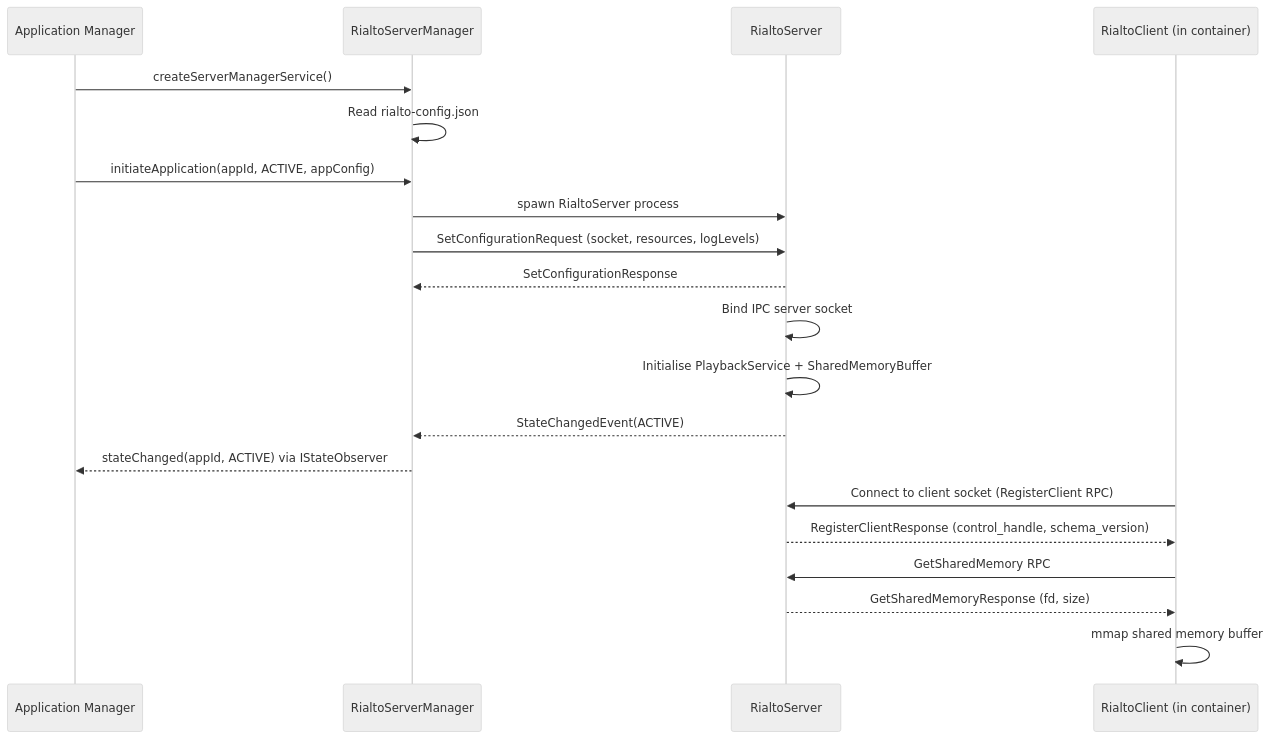
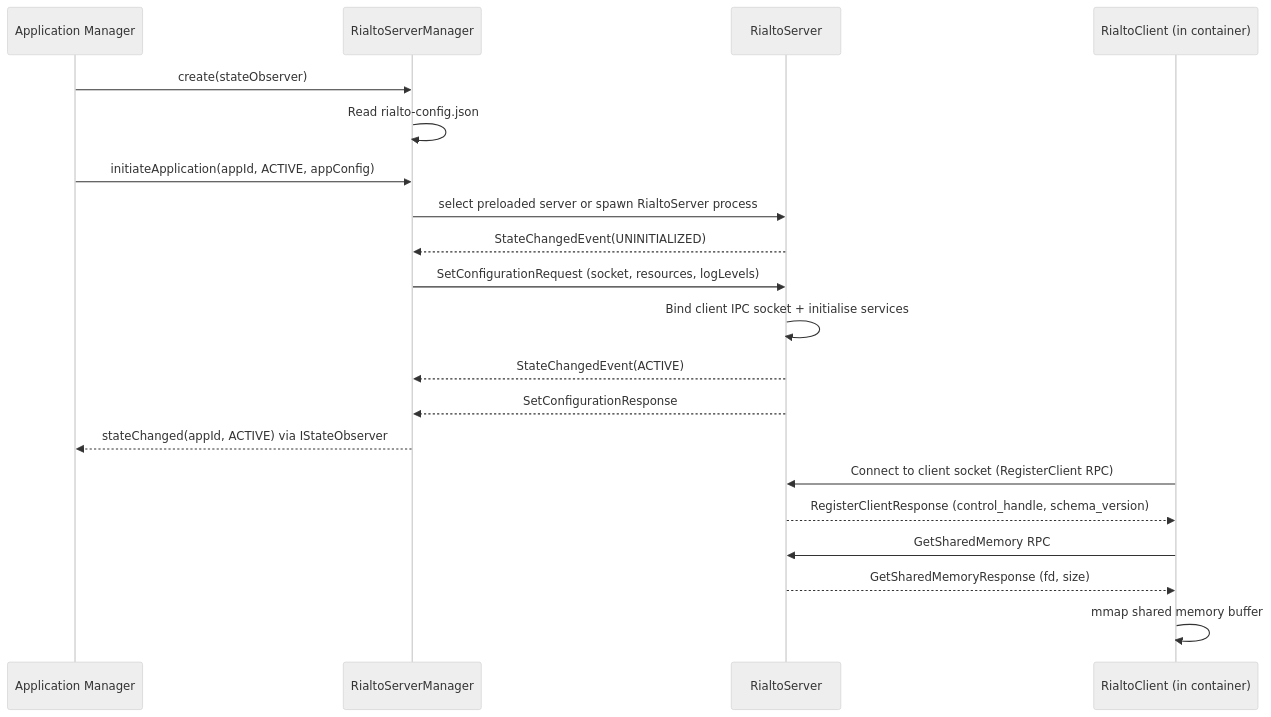
The third of 7 diagrams in docs/README.md (rdkcentral/rialto), drawn with Mermaid (neutral theme) before and after one commit. The commit also changed other lines of this file, not shown here.

First line of the commit message:
RDKDEV-1681: Add Rialto Documentation

````diff
--- a/docs/README.md
+++ b/docs/README.md
@@ -163,23 +163,23 @@
 ```mermaid
 sequenceDiagram
     participant AppMgr as Application Manager
     participant RSM as RialtoServerManager
     participant RS as RialtoServer
     participant Client as RialtoClient (in container)
 
-    AppMgr->>RSM: createServerManagerService()
+    AppMgr->>RSM: create(stateObserver)
     RSM->>RSM: Read rialto-config.json
     AppMgr->>RSM: initiateApplication(appId, ACTIVE, appConfig)
-    RSM->>RS: spawn RialtoServer process
+    RSM->>RS: select preloaded server or spawn RialtoServer process
+    RS-->>RSM: StateChangedEvent(UNINITIALIZED)
     RSM->>RS: SetConfigurationRequest (socket, resources, logLevels)
+    RS->>RS: Bind client IPC socket + initialise services
+    RS-->>RSM: StateChangedEvent(ACTIVE)
     RS-->>RSM: SetConfigurationResponse
-    RS->>RS: Bind IPC server socket
-    RS->>RS: Initialise PlaybackService + SharedMemoryBuffer
-    RS-->>RSM: StateChangedEvent(ACTIVE)
     RSM-->>AppMgr: stateChanged(appId, ACTIVE) via IStateObserver
     Client->>RS: Connect to client socket (RegisterClient RPC)
     RS-->>Client: RegisterClientResponse (control_handle, schema_version)
     Client->>RS: GetSharedMemory RPC
     RS-->>Client: GetSharedMemoryResponse (fd, size)
     Client->>Client: mmap shared memory buffer
 ```
````
